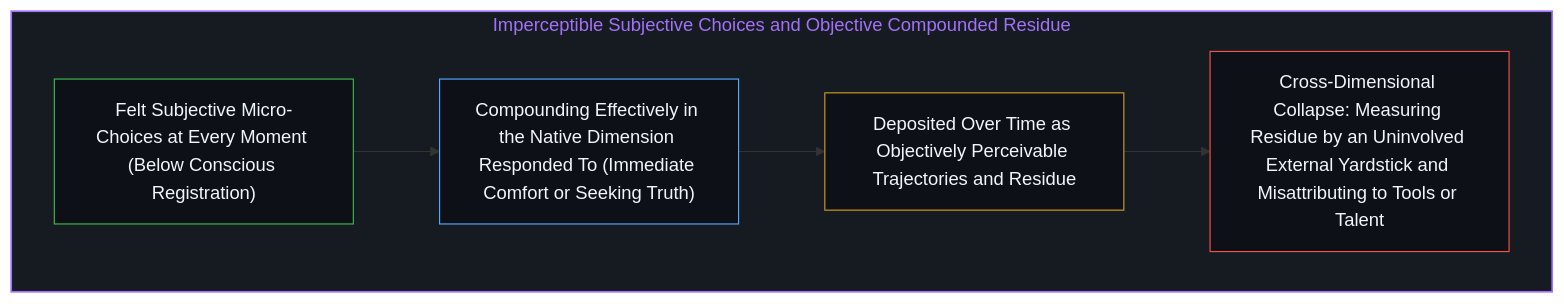
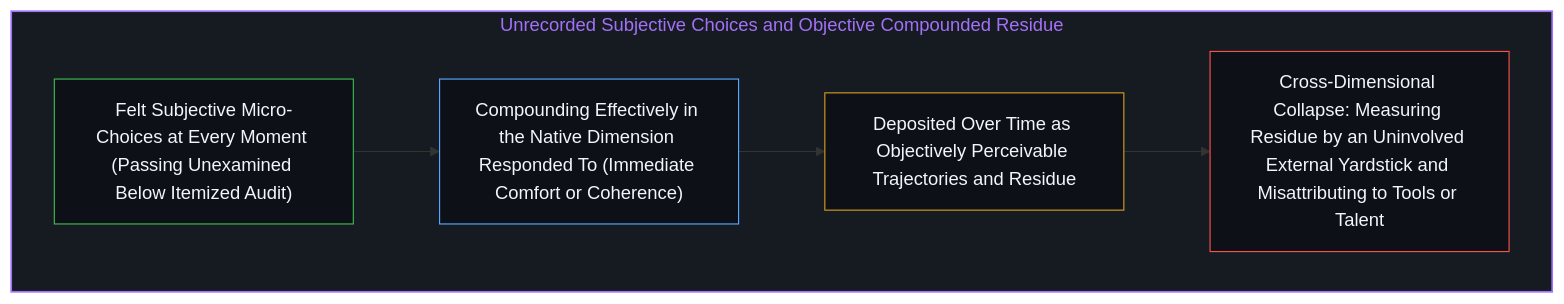
The second of 4 diagrams in content/posts/the_illegible_compound_retraced.md (powerpig99/not-a-toe), drawn with Mermaid before and after one commit. The commit also changed other lines of this file and 9 other files, not shown here.

````diff
--- a/content/posts/the_illegible_compound_retraced.md
+++ b/content/posts/the_illegible_compound_retraced.md
@@ -37,13 +37,13 @@
 ```mermaid
 graph TD
-    subgraph S_Compound["Imperceptible Subjective Choices and Objective Compounded Residue"]
-        C1["Felt Subjective Micro-Choices at Every Moment (Below Conscious Registration)"] --> C2["Compounding Effectively in the Native Dimension Responded To (Immediate Comfort or Seeking Truth)"]
+    subgraph S_Compound["Unrecorded Subjective Choices and Objective Compounded Residue"]
+        C1["Felt Subjective Micro-Choices at Every Moment (Passing Unexamined Below Itemized Audit)"] --> C2["Compounding Effectively in the Native Dimension Responded To (Immediate Comfort or Coherence)"]
         C2 --> C3["Deposited Over Time as Objectively Perceivable Trajectories and Residue"]
         C3 --> C4["Cross-Dimensional Collapse: Measuring Residue by an Uninvolved External Yardstick and Misattributing to Tools or Talent"]
     end
     style S_Compound fill:#161b22,stroke:#a371f7,stroke-width:1.5px,color:#a371f7
     style C1 fill:#0d1117,stroke:#3fb950,stroke-width:1px,color:#f0f6fc
     style C2 fill:#0d1117,stroke:#58a6ff,stroke-width:1px,color:#f0f6fc
     style C3 fill:#0d1117,stroke:#d29922,stroke-width:1px,color:#f0f6fc
     style C4 fill:#0d1117,stroke:#f85149,stroke-width:1px,color:#f0f6fc
 ```
````
